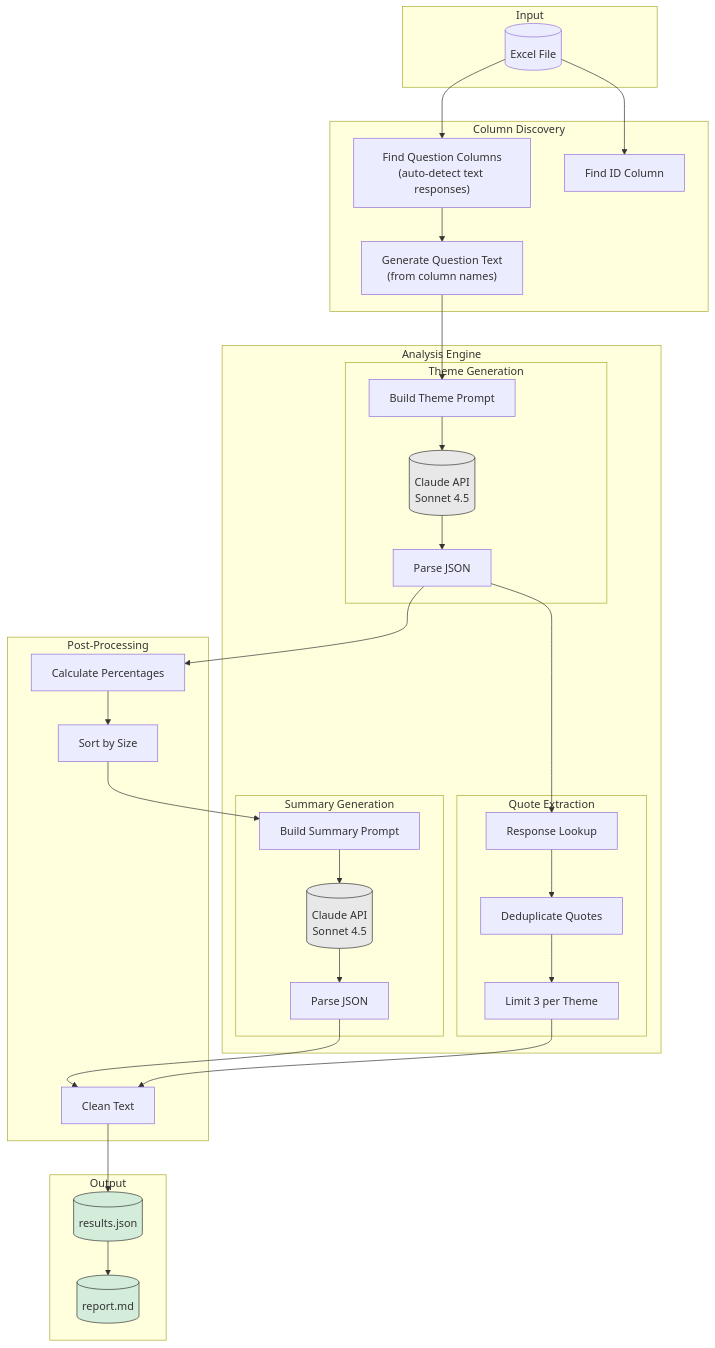
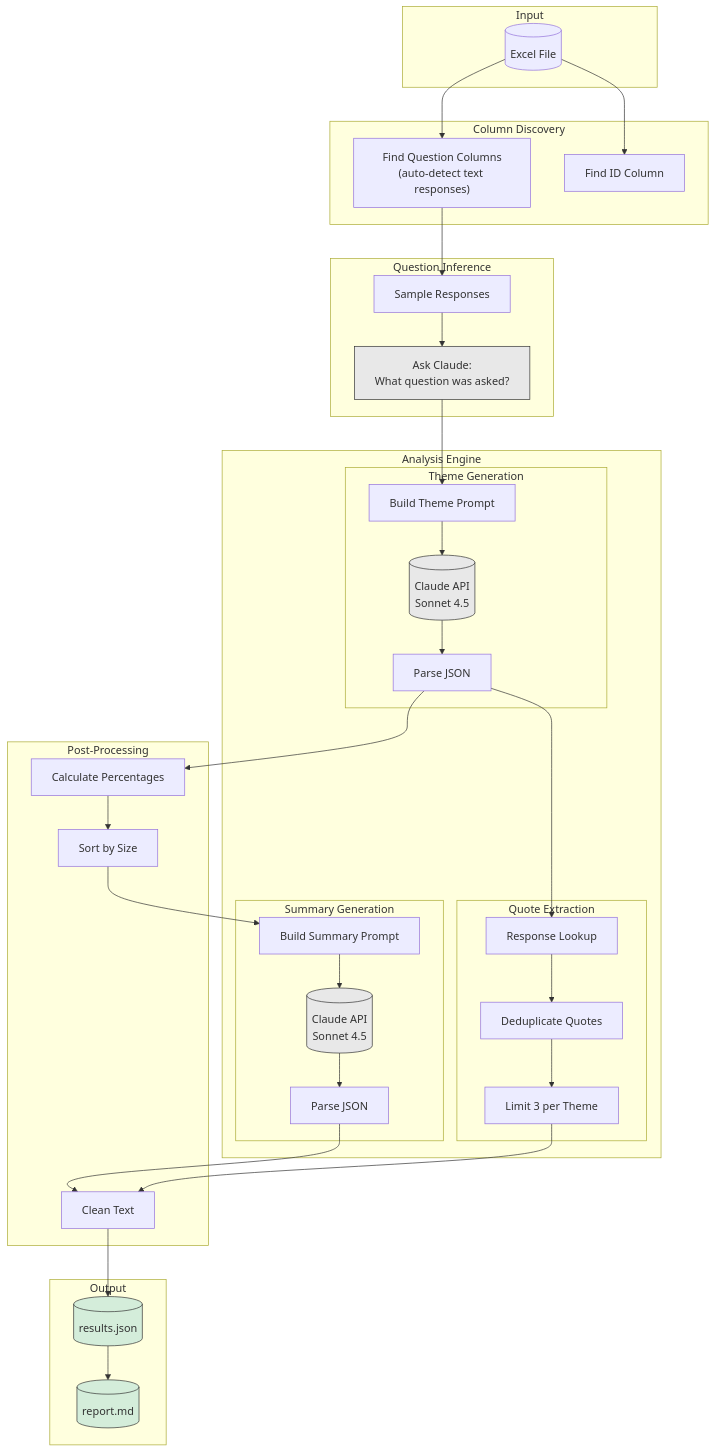
Before and after one commit to jameswniu/research_doc_extraction_rag_agent: the diagram in README.md, drawn with Mermaid. The commit also changed other lines of this file and 2 other files, not shown here.

Commit message:
Update docs for question inference feature

````diff
--- a/README.md
+++ b/README.md
@@ -7,73 +7,79 @@
 ```mermaid
 flowchart TB
     subgraph Input["Input"]
         EXCEL[("Excel File")]
     end
 
     subgraph Discovery["Column Discovery"]
         FIND_ID["Find ID Column"]
         FIND_QS["Find Question Columns<br/>(auto-detect text responses)"]
-        GEN_Q["Generate Question Text<br/>(from column names)"]
+    end
+
+    subgraph Inference["Question Inference"]
+        SAMPLE["Sample Responses"]
+        INFER["Ask Claude:<br/>What question was asked?"]
     end
 
     subgraph Analysis["Analysis Engine"]
         subgraph ThemeGen["Theme Generation"]
             PROMPT1["Build Theme Prompt"]
             CLAUDE1[("Claude API<br/>Sonnet 4.5")]
             PARSE1["Parse JSON"]
         end
         
         subgraph QuoteExt["Quote Extraction"]
             LOOKUP["Response Lookup"]
             UNIQUE["Deduplicate Quotes"]
             LIMIT["Limit 3 per Theme"]
         end
         
         subgraph SummaryGen["Summary Generation"]
             PROMPT2["Build Summary Prompt"]
             CLAUDE2[("Claude API<br/>Sonnet 4.5")]
             PARSE2["Parse JSON"]
         end
     end
 
     subgraph Processing["Post-Processing"]
         CALC["Calculate Percentages"]
         SORT["Sort by Size"]
         CLEAN["Clean Text"]
     end
 
     subgraph Output["Output"]
         JSON[("results.json")]
         MD[("report.md")]
     end
 
     EXCEL --> FIND_ID
     EXCEL --> FIND_QS
-    FIND_QS --> GEN_Q
+    FIND_QS --> SAMPLE
+    SAMPLE --> INFER
     
-    GEN_Q --> PROMPT1
+    INFER --> PROMPT1
     PROMPT1 --> CLAUDE1
     CLAUDE1 --> PARSE1
     
     PARSE1 --> LOOKUP
     LOOKUP --> UNIQUE
     UNIQUE --> LIMIT
     
     PARSE1 --> CALC
     CALC --> SORT
     SORT --> PROMPT2
     
     PROMPT2 --> CLAUDE2
     CLAUDE2 --> PARSE2
     
     LIMIT --> CLEAN
     PARSE2 --> CLEAN
     
     CLEAN --> JSON
     JSON --> MD
 
     style CLAUDE1 fill:#e8e8e8,stroke:#333
     style CLAUDE2 fill:#e8e8e8,stroke:#333
+    style INFER fill:#e8e8e8,stroke:#333
     style JSON fill:#d4edda,stroke:#333
     style MD fill:#d4edda,stroke:#333
 ```
````
